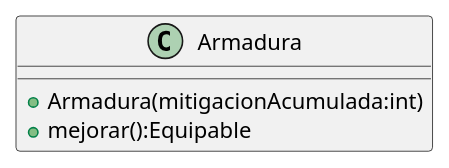
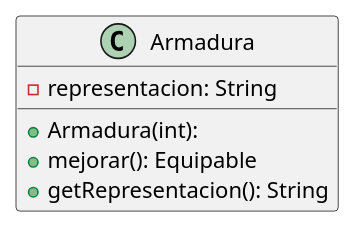
Before and after one commit to mcumskov/Algo3_tp2: the diagram in diagrams/clases/equipamiento/clase_armadura.plantuml, drawn with PlantUML. The commit also changed 19 other files, not shown here.

Commit message:
actualizo diagramas

```diff
--- a/diagrams/clases/equipamiento/clase_armadura.plantuml
+++ b/diagrams/clases/equipamiento/clase_armadura.plantuml
@@ -1,6 +1,11 @@
 @startuml
+skinparam linetype ortho
+
 class Armadura {
-    + Armadura(mitigacionAcumulada:int)
-    + mejorar():Equipable
+  + Armadura(int):
+  - representacion: String
+  + mejorar(): Equipable
+  + getRepresentacion(): String
 }
+
 @enduml
```
